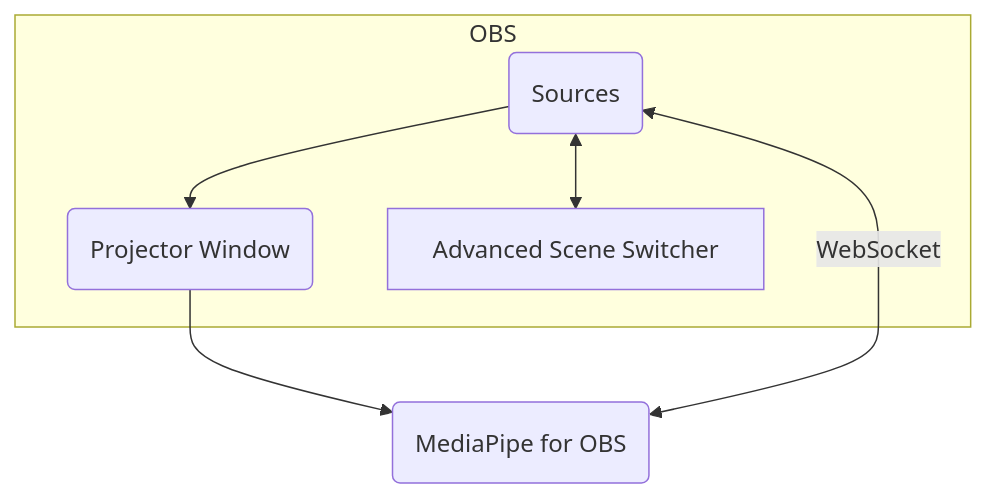
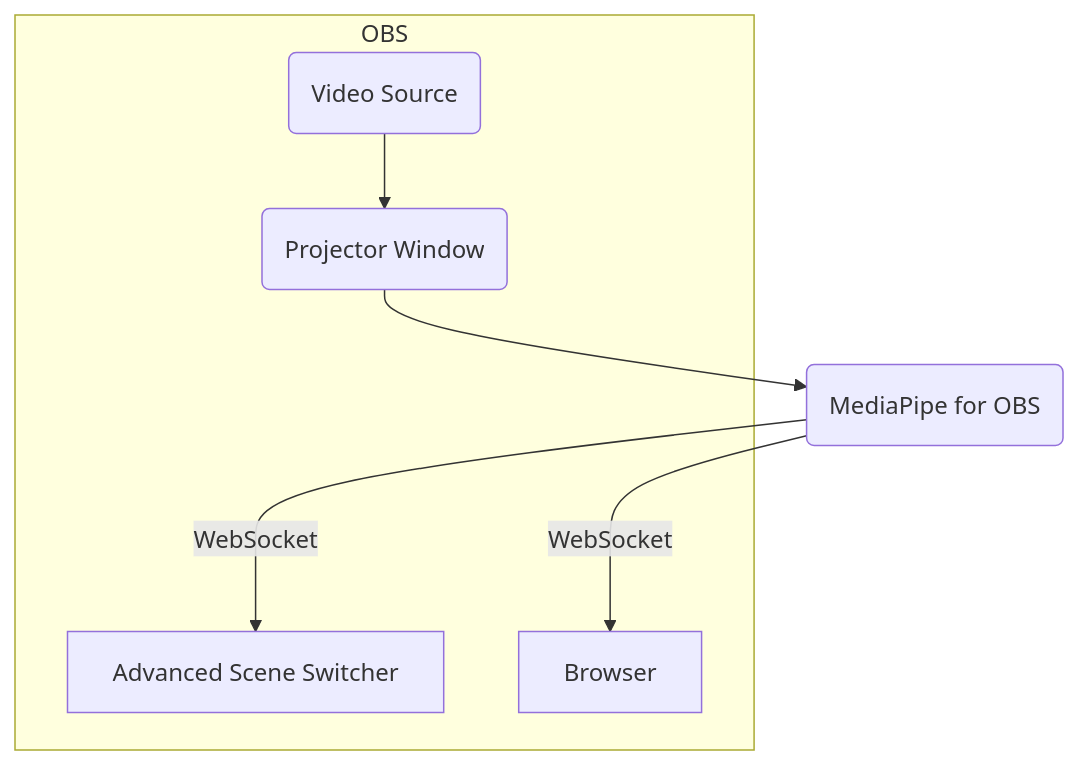
Before and after one commit to UUoocl/MediaPipe_for_OBS: the first of 2 diagrams in README.md, drawn with Mermaid. The commit also changed other lines of this file, not shown here.

````diff
--- a/README.md
+++ b/README.md
@@ -4,11 +4,14 @@
 ```mermaid
 graph TD;
 subgraph OBS
-A(Sources)-->B(Video Projector Window);
-A<-->D[Advanced Scene Switcher];
+A(Video Source)-->B(Video Projector Window);
+D[Advanced Scene Switcher];
+E[Browser]
 end
 
 B(Projector Window)--> C(MediaPipe for OBS);
 
-C <---> |WebSocket|A;
+C ---> |WebSocket|E;
+C ---> |WebSocket|D;
+
 ```
````
